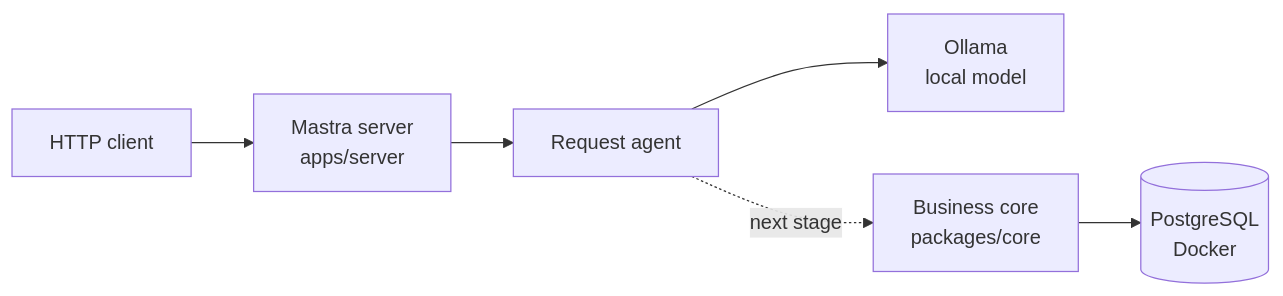
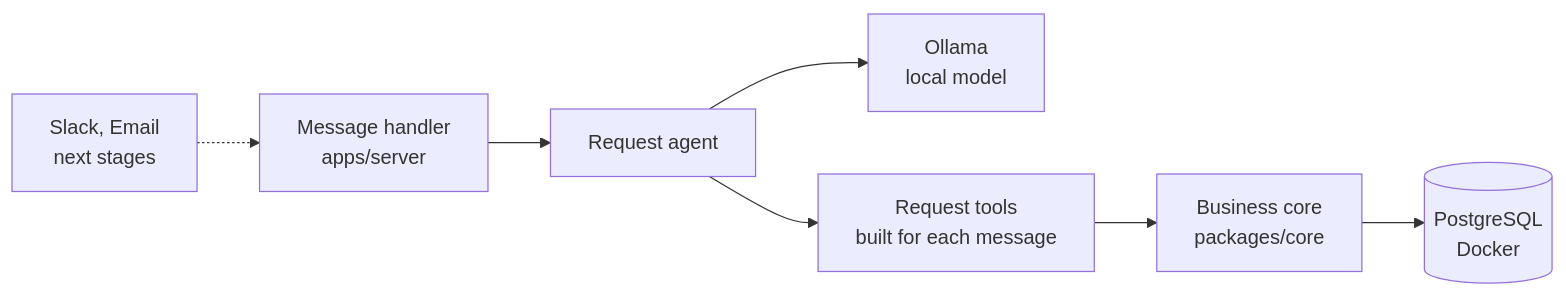
The diagram in README.md (Alvi16/Request-agent), drawn with Mermaid before and after one commit. The commit also changed other lines of this file and 1 other file, not shown here.

Commit message:
docs: document the agent tools and their safeguards

````diff
--- a/README.md
+++ b/README.md
@@ -25,8 +25,9 @@
 ```mermaid
 flowchart LR
-    Client[HTTP client] --> Server["Mastra server<br/>apps/server"]
-    Server --> Agent[Request agent]
+    Channels["Slack, Email<br/>next stages"] -.-> Handler["Message handler<br/>apps/server"]
+    Handler --> Agent[Request agent]
     Agent --> Ollama["Ollama<br/>local model"]
-    Core["Business core<br/>packages/core"] --> Postgres[("PostgreSQL<br/>Docker")]
-    Agent -. next stage .-> Core
+    Agent --> Tools["Request tools<br/>built for each message"]
+    Tools --> Core["Business core<br/>packages/core"]
+    Core --> Postgres[("PostgreSQL<br/>Docker")]
 ```
````
